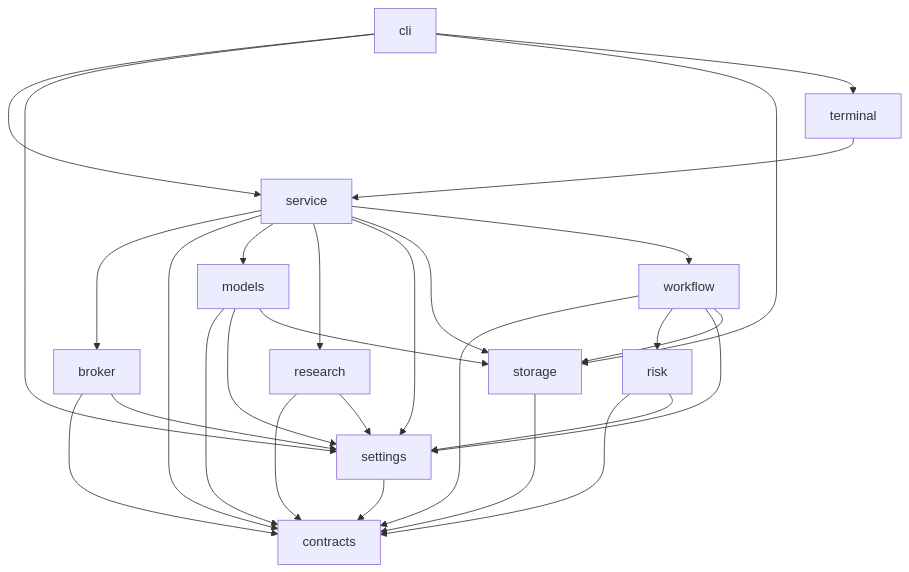
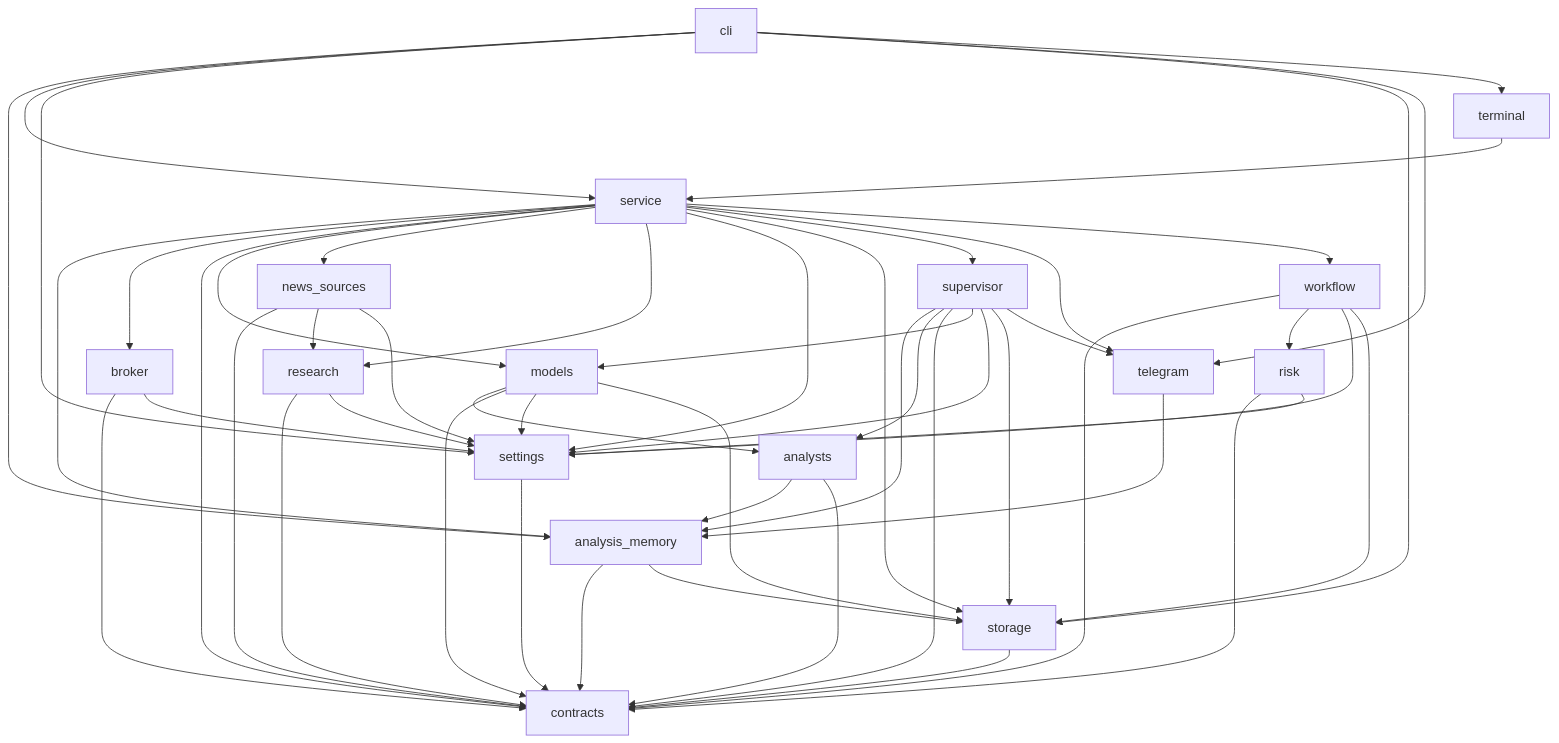
The diagram in docs/codebase-map.md (JKGiova/agentic-trading-workflow), drawn with Mermaid before and after one commit. The commit also changed other lines of this file and 35 other files, not shown here.

First line of the commit message:
feat: implement continuous analysis team and Telegram supervisor

````diff
--- a/docs/codebase-map.md
+++ b/docs/codebase-map.md
@@ -9,41 +9,68 @@
 ```mermaid
 flowchart TD
-    M1["broker"]
-    M2["cli"]
-    M3["contracts"]
-    M4["models"]
-    M5["research"]
-    M6["risk"]
-    M7["service"]
-    M8["settings"]
-    M9["storage"]
-    M10["terminal"]
-    M11["workflow"]
-    M1 --> M3
-    M1 --> M8
-    M2 --> M7
-    M2 --> M8
-    M2 --> M9
-    M2 --> M10
-    M4 --> M3
-    M4 --> M8
-    M4 --> M9
-    M5 --> M3
-    M5 --> M8
-    M6 --> M3
-    M6 --> M8
-    M7 --> M1
-    M7 --> M3
-    M7 --> M4
+    M1["analysis_memory"]
+    M2["analysts"]
+    M3["broker"]
+    M4["cli"]
+    M5["contracts"]
+    M6["models"]
+    M7["news_sources"]
+    M8["research"]
+    M9["risk"]
+    M10["service"]
+    M11["settings"]
+    M12["storage"]
+    M13["supervisor"]
+    M14["telegram"]
+    M15["terminal"]
+    M16["workflow"]
+    M1 --> M5
+    M1 --> M12
+    M2 --> M1
+    M2 --> M5
+    M3 --> M5
+    M3 --> M11
+    M4 --> M1
+    M4 --> M10
+    M4 --> M11
+    M4 --> M12
+    M4 --> M14
+    M4 --> M15
+    M6 --> M2
+    M6 --> M5
+    M6 --> M11
+    M6 --> M12
     M7 --> M5
     M7 --> M8
-    M7 --> M9
     M7 --> M11
-    M8 --> M3
-    M9 --> M3
+    M8 --> M5
+    M8 --> M11
+    M9 --> M5
+    M9 --> M11
+    M10 --> M1
+    M10 --> M3
+    M10 --> M5
+    M10 --> M6
     M10 --> M7
-    M11 --> M3
-    M11 --> M6
-    M11 --> M8
-    M11 --> M9
+    M10 --> M8
+    M10 --> M11
+    M10 --> M12
+    M10 --> M13
+    M10 --> M14
+    M10 --> M16
+    M11 --> M5
+    M12 --> M5
+    M13 --> M1
+    M13 --> M2
+    M13 --> M5
+    M13 --> M6
+    M13 --> M11
+    M13 --> M12
+    M13 --> M14
+    M14 --> M1
+    M15 --> M10
+    M16 --> M5
+    M16 --> M9
+    M16 --> M11
+    M16 --> M12
 ```
````
